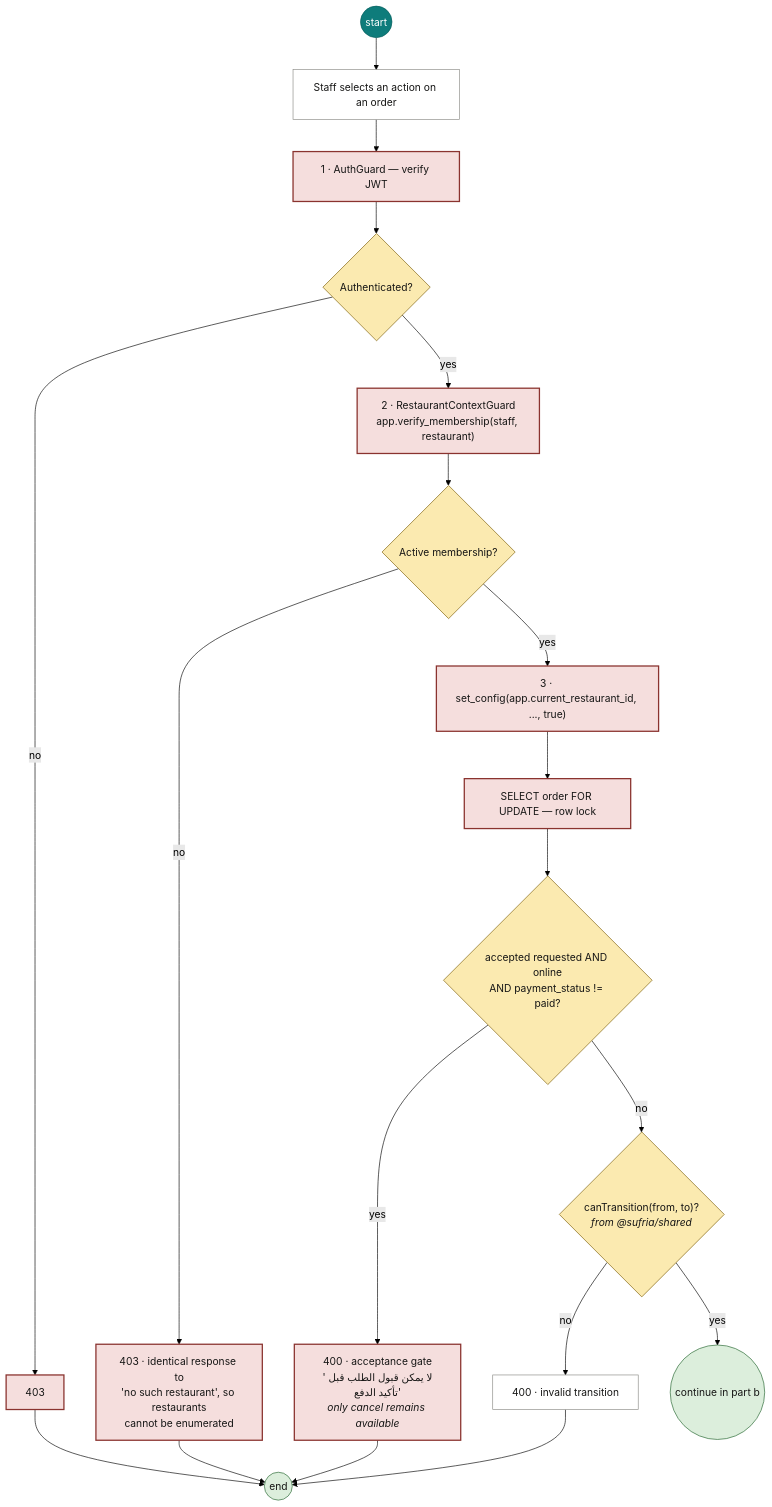
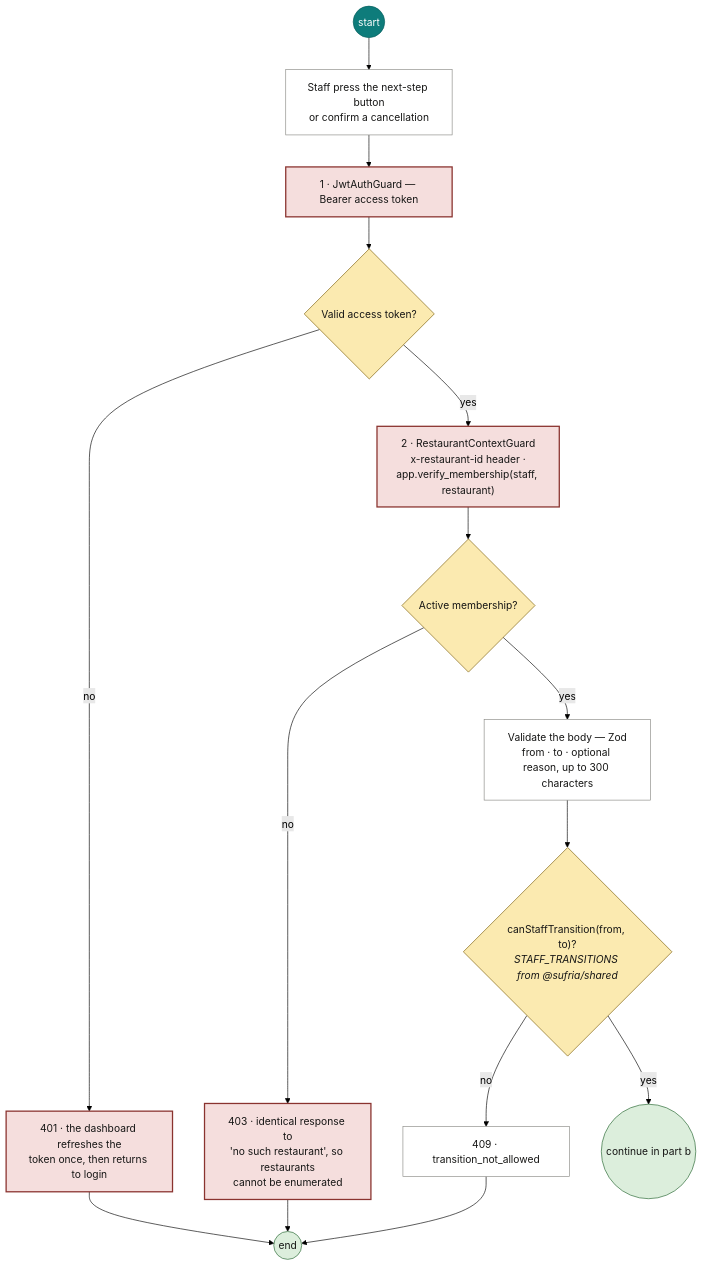
One commit to mozz-labs/sufria changed the diagram in docs/diagrams/10a-activity-status-auth.mmd. Above: the diagram before and after it, drawn with Mermaid (forest theme). The commit also changed 36 other files, not shown here.

First line of the commit message:
docs(wip): Chapter 3 v1.2 diagrams — sources updated to the code as built

```diff
--- a/docs/diagrams/10a-activity-status-auth.mmd
+++ b/docs/diagrams/10a-activity-status-auth.mmd
@@ -1,21 +1,18 @@
 flowchart TB
     classDef start fill:#0E7C7B,stroke:#0A5F5E,color:#FFFFFF
     classDef act fill:#FFFFFF,stroke:#8A8A85,color:#161615
     classDef dec fill:#FBEAB0,stroke:#7A5C06,color:#161615
     classDef crit fill:#F5DEDD,stroke:#8A332F,stroke-width:2px,color:#161615
     classDef fin fill:#DCEEDC,stroke:#24632F,color:#161615
 
-    S(("start")):::start --> A1["Staff selects an action on an order"]:::act
-    A1 --> A2["1 · AuthGuard — verify JWT"]:::crit
-    A2 --> D0{"Authenticated?"}:::dec
-    D0 -- no --> E0["403"]:::crit --> F(("end")):::fin
-    D0 -- yes --> A3["2 · RestaurantContextGuard<br/>app.verify_membership(staff, restaurant)"]:::crit
+    S(("start")):::start --> A1["Staff press the next-step button<br/>or confirm a cancellation"]:::act
+    A1 --> A2["1 · JwtAuthGuard — Bearer access token"]:::crit
+    A2 --> D0{"Valid access token?"}:::dec
+    D0 -- no --> E0["401 · the dashboard refreshes the<br/>token once, then returns to login"]:::crit --> F(("end")):::fin
+    D0 -- yes --> A3["2 · RestaurantContextGuard<br/>x-restaurant-id header ·<br/>app.verify_membership(staff, restaurant)"]:::crit
     A3 --> D1{"Active membership?"}:::dec
     D1 -- no --> E1["403 · identical response to<br/>'no such restaurant', so restaurants<br/>cannot be enumerated"]:::crit --> F
-    D1 -- yes --> A4["3 · set_config(app.current_restaurant_id, ..., true)"]:::crit
-    A4 --> A5["SELECT order FOR UPDATE — row lock"]:::crit
-    A5 --> D2{"accepted requested AND online<br/>AND payment_status != paid?"}:::dec
-    D2 -- yes --> E2["400 · acceptance gate<br/>'لا يمكن قبول الطلب قبل تأكيد الدفع'<br/><i>only cancel remains available</i>"]:::crit --> F
-    D2 -- no --> D3{"canTransition(from, to)?<br/><i>from @sufria/shared</i>"}:::dec
-    D3 -- no --> E3["400 · invalid transition"]:::act --> F
+    D1 -- yes --> A4["Validate the body — Zod<br/>from · to · optional reason, up to 300 characters"]:::act
+    A4 --> D3{"canStaffTransition(from, to)?<br/><i>STAFF_TRANSITIONS from @sufria/shared</i>"}:::dec
+    D3 -- no --> E3["409 · transition_not_allowed"]:::act --> F
     D3 -- yes --> F3(("continue in part b")):::fin
```
